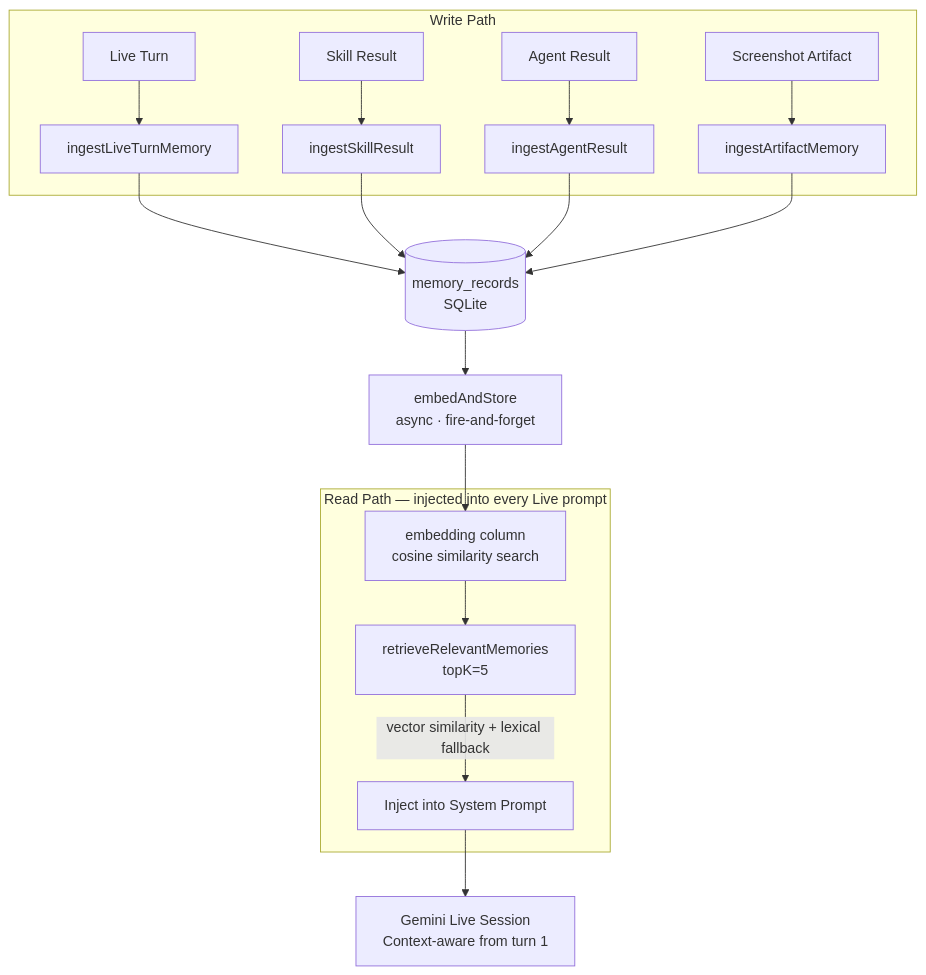
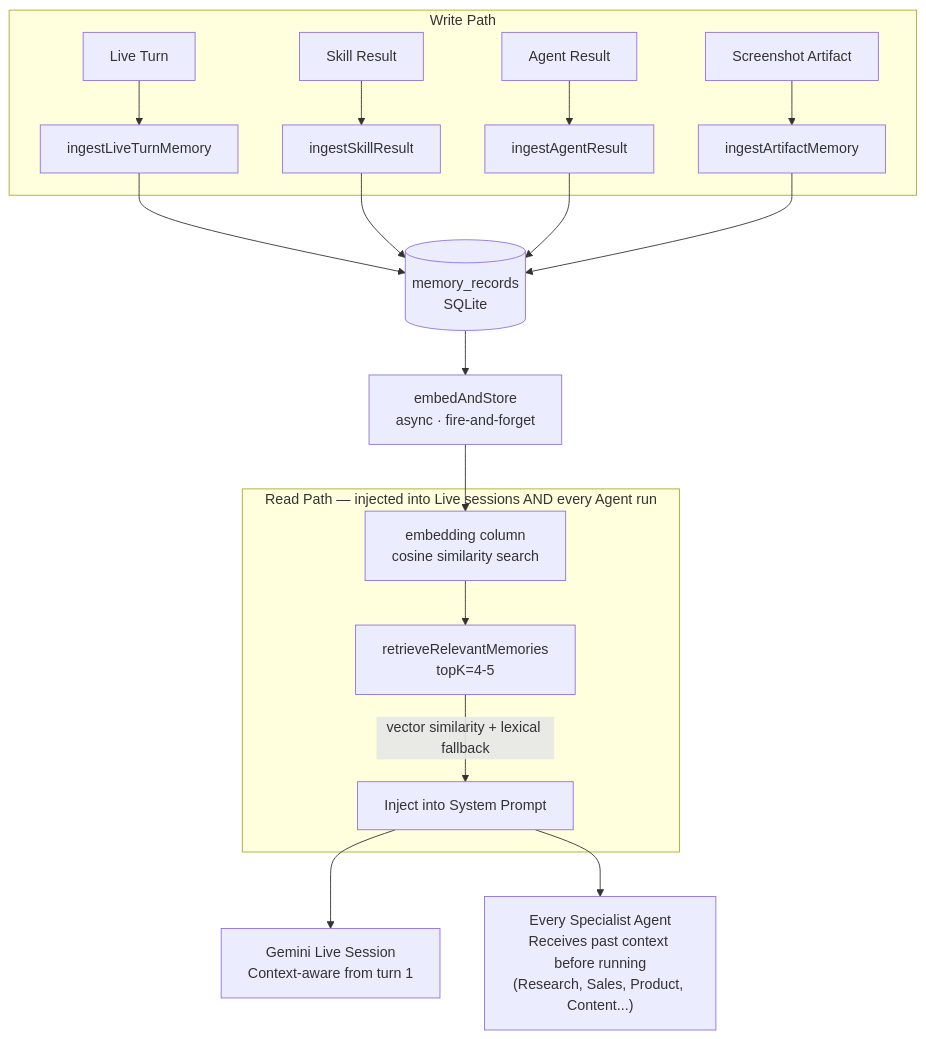
Before and after one commit to Vrun-design/Crewmate-AI: the fourth of 6 diagrams in docs/ARCHITECTURE.md, drawn with Mermaid. The commit also changed other lines of this file and 42 other files, not shown here.

````diff
--- a/docs/ARCHITECTURE.md
+++ b/docs/ARCHITECTURE.md
@@ -248,21 +278,22 @@
 ```mermaid
 flowchart TD
     subgraph WritePath["Write Path"]
         LT["Live Turn"] --> ING1["ingestLiveTurnMemory"]
         SK["Skill Result"] --> ING2["ingestSkillResult"]
         AG["Agent Result"] --> ING3["ingestAgentResult"]
         ART["Screenshot Artifact"] --> ING4["ingestArtifactMemory"]
     end
 
     ING1 & ING2 & ING3 & ING4 --> STORE[("memory_records\nSQLite")]
     STORE --> EMB["embedAndStore\nasync · fire-and-forget"]
     EMB --> VEC["embedding column\ncosine similarity search"]
 
-    subgraph ReadPath["Read Path — injected into every Live prompt"]
-        RETRIEVE["retrieveRelevantMemories\ntopK=5"]
+    subgraph ReadPath["Read Path — injected into Live sessions AND every Agent run"]
+        RETRIEVE["retrieveRelevantMemories\ntopK=4-5"]
         VEC --> RETRIEVE
         RETRIEVE -->|"vector similarity + lexical fallback"| INJECT["Inject into System Prompt"]
     end
 
     INJECT --> LIVE["Gemini Live Session\nContext-aware from turn 1"]
+    INJECT --> AGENTS["Every Specialist Agent\nReceives past context before running\n(Research, Sales, Product, Content...)"]
 ```
````
